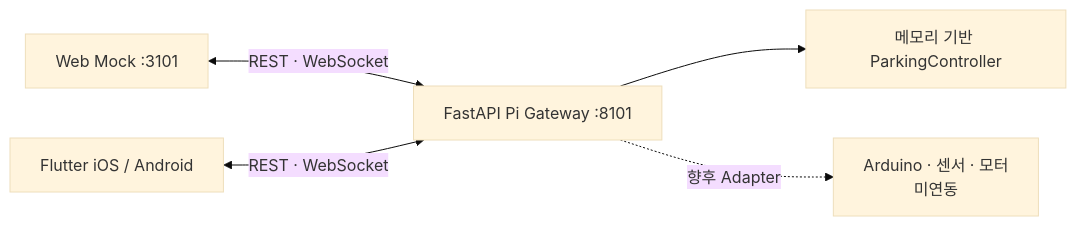
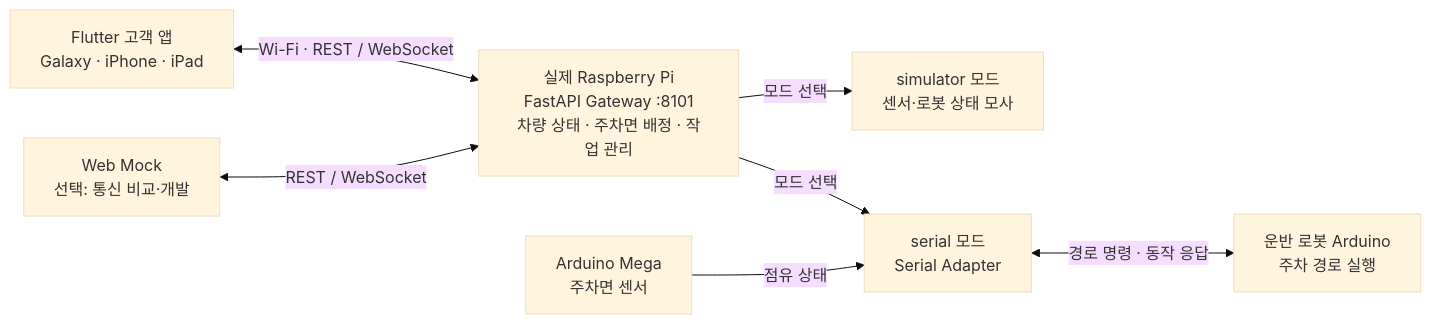
Before and after one commit to zinee-u/snap: the diagram in README.md, drawn with Mermaid (base theme). The commit also changed other lines of this file and 42 other files, not shown here.

First line of the commit message:
feat: align parking maps and refresh mobile branding

````diff
--- a/README.md
+++ b/README.md
@@ -18,13 +68,17 @@
 ```mermaid
 flowchart LR
-    Web[Web Mock :3101]
-    Mobile[Flutter iOS / Android]
-    Gateway[FastAPI Pi Gateway :8101]
-    Simulator[메모리 기반 ParkingController]
-    Hardware[Arduino · 센서 · 모터\n미연동]
+    Mobile["Flutter 고객 앱<br/>Galaxy · iPhone · iPad"]
+    Gateway["실제 Raspberry Pi<br/>FastAPI Gateway :8101<br/>차량 상태 · 주차면 배정 · 작업 관리"]
+    Simulator["simulator 모드<br/>센서·로봇 상태 모사"]
+    Serial["serial 모드<br/>Serial Adapter"]
+    Mega["Arduino Mega<br/>주차면 센서"]
+    Robot["운반 로봇 Arduino<br/>주차 경로 실행"]
+    Web["Web Mock<br/>선택: 통신 비교·개발"]
 
-    Web <-->|REST · WebSocket| Gateway
-    Mobile <-->|REST · WebSocket| Gateway
-    Gateway --> Simulator
-    Gateway -. 향후 Adapter .-> Hardware
+    Mobile <-->|Wi-Fi · REST / WebSocket| Gateway
+    Web <-->|REST / WebSocket| Gateway
+    Gateway -->|모드 선택| Simulator
+    Gateway -->|모드 선택| Serial
+    Mega -->|점유 상태| Serial
+    Serial <-->|경로 명령 · 동작 응답| Robot
 ```
````
